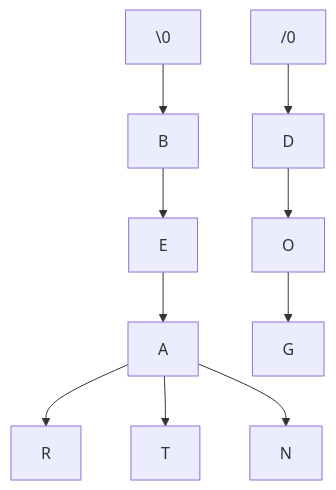
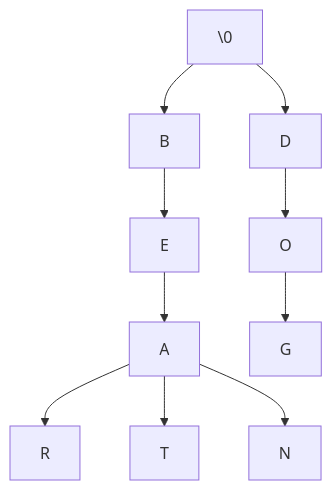
The diagram in morse-code/README.md (mmcnally1/arduino-projects), drawn with Mermaid before and after one commit.

````diff
--- a/morse-code/README.md
+++ b/morse-code/README.md
@@ -9,12 +9,12 @@
 ```mermaid
 graph TD;
 \0 --> B
-/0 --> D
+\0 --> D
 B --> E
 E --> A
 A --> R
 A --> T
 A --> N
 D --> O
 O --> G
 ```
````
